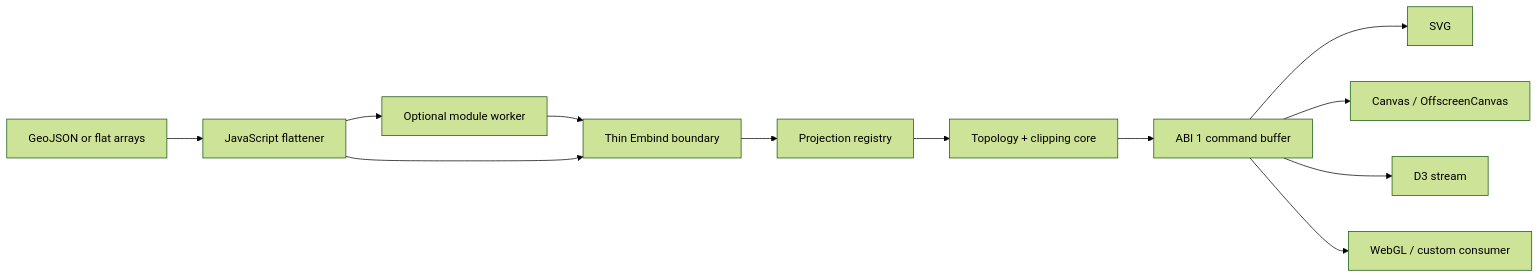
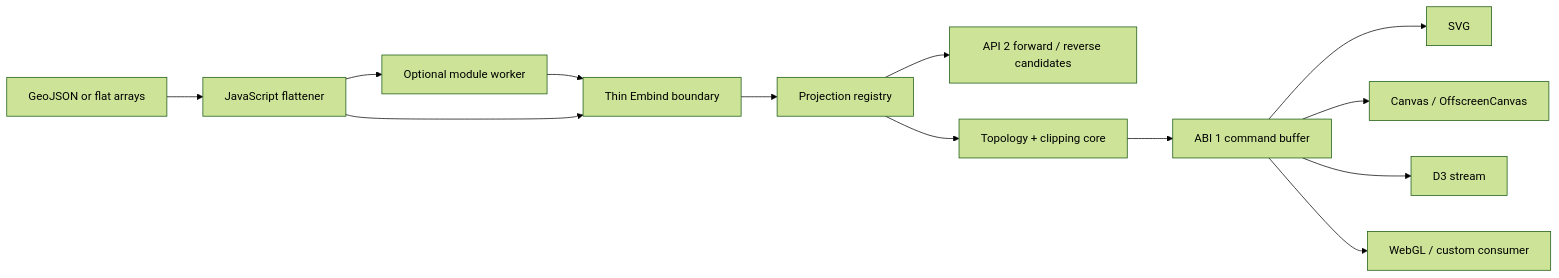
The diagram in docs/pages/stage-10-webassembly.md (bdekoz/cartofreako), drawn with Mermaid (forest theme) before and after one commit. The commit also changed other lines of this file and 48 other files, not shown here.

````diff
--- a/docs/pages/stage-10-webassembly.md
+++ b/docs/pages/stage-10-webassembly.md
@@ -44,21 +47,23 @@
 ```mermaid
 flowchart LR
   GEO["GeoJSON or flat arrays"]
   FLAT["JavaScript flattener"]
   WORKER["Optional module worker"]
   BIND["Thin Embind boundary"]
   REG["Projection registry"]
+  POINT["API 2 forward / reverse candidates"]
   TOPO["Topology + clipping core"]
   BUF["ABI 1 command buffer"]
   SVG["SVG"]
   CANVAS["Canvas / OffscreenCanvas"]
   D3["D3 stream"]
   CUSTOM["WebGL / custom consumer"]
 
   GEO --> FLAT --> WORKER --> BIND --> REG --> TOPO --> BUF
+  REG --> POINT
   FLAT --> BIND
   BUF --> SVG
   BUF --> CANVAS
   BUF --> D3
   BUF --> CUSTOM
 ```
````
